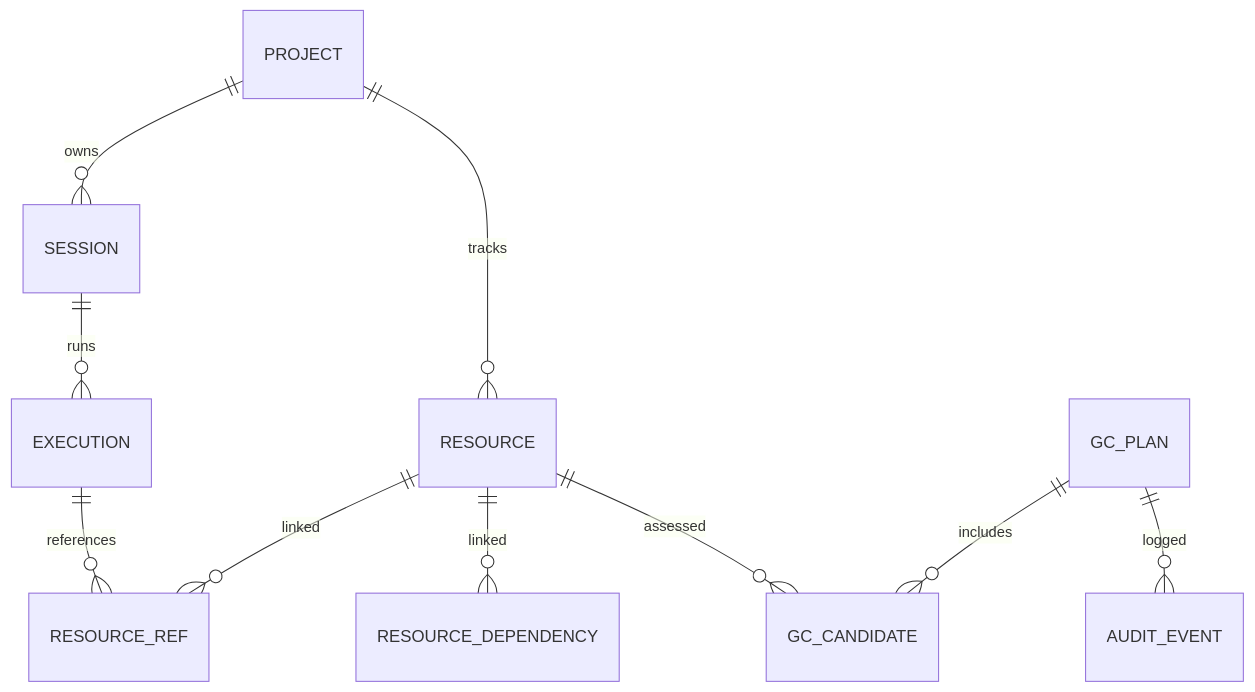
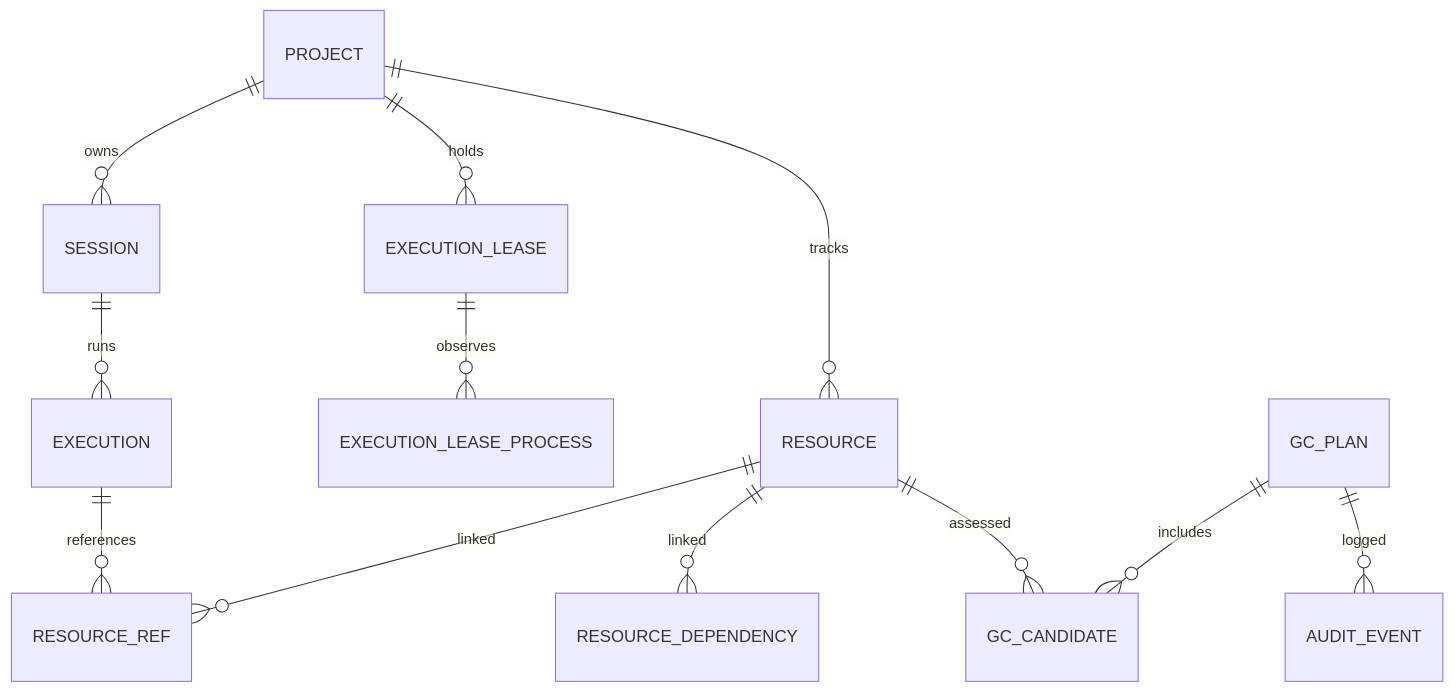
The diagram in docs/ERD.md (yaioyaio/DSG_2_0_Package), drawn with Mermaid before and after one commit. The commit also changed other lines of this file and 29 other files, not shown here.

````diff
--- a/docs/ERD.md
+++ b/docs/ERD.md
@@ -3,12 +3,14 @@
 ```mermaid
 erDiagram
  PROJECT ||--o{ SESSION : owns
+ PROJECT ||--o{ EXECUTION_LEASE : holds
+ EXECUTION_LEASE ||--o{ EXECUTION_LEASE_PROCESS : observes
  PROJECT ||--o{ RESOURCE : tracks
  SESSION ||--o{ EXECUTION : runs
  EXECUTION ||--o{ RESOURCE_REF : references
  RESOURCE ||--o{ RESOURCE_REF : linked
  RESOURCE ||--o{ RESOURCE_DEPENDENCY : linked
  GC_PLAN ||--o{ GC_CANDIDATE : includes
  RESOURCE ||--o{ GC_CANDIDATE : assessed
  GC_PLAN ||--o{ AUDIT_EVENT : logged
 ```
````
